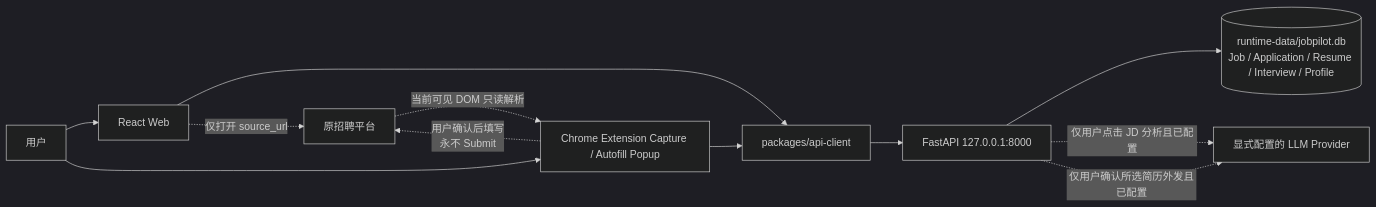
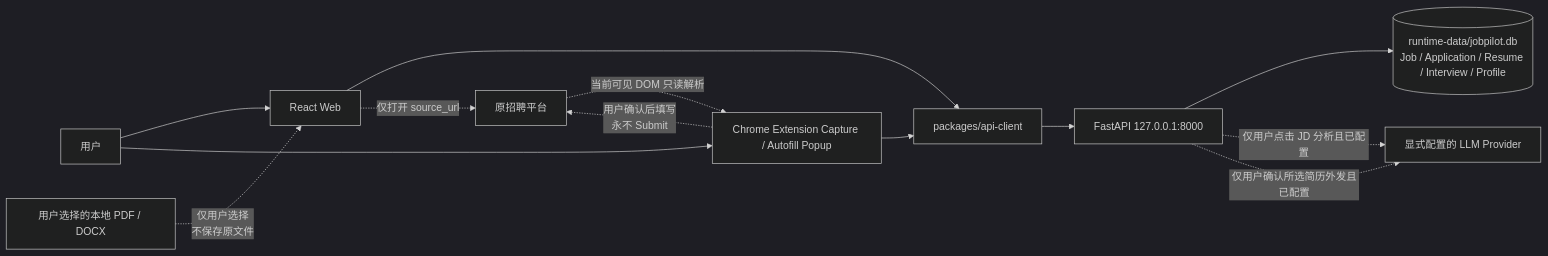
Before and after one commit to xiaoxin12138888-svg/JobPilot: the diagram in docs/ARCHITECTURE.md, drawn with Mermaid (dark theme). The commit also changed other lines of this file and 13 other files, not shown here.

````diff
--- a/docs/ARCHITECTURE.md
+++ b/docs/ARCHITECTURE.md
@@ -10,23 +11,25 @@
 ```mermaid
 flowchart LR
     U[用户]
     W[React Web]
     E[Chrome Extension Capture / Autofill Popup]
     C[packages/api-client]
     A[FastAPI 127.0.0.1:8000]
     S[(runtime-data/jobpilot.db\nJob / Application / Resume / Interview / Profile)]
     R[原招聘平台]
     P[显式配置的 LLM Provider]
+    F[用户选择的本地 PDF / DOCX]
 
     U --> W
     U --> E
     W --> C
     E --> C
     C --> A
     A --> S
     A -. 仅用户点击 JD 分析且已配置 .-> P
     A -. 仅用户确认所选简历外发且已配置 .-> P
     R -. 当前可见 DOM 只读解析 .-> E
     E -. 用户确认后填写\n永不 Submit .-> R
+    F -. 仅用户选择\n不保存原文件 .-> W
     W -. 仅打开 source_url .-> R
 ```
````
